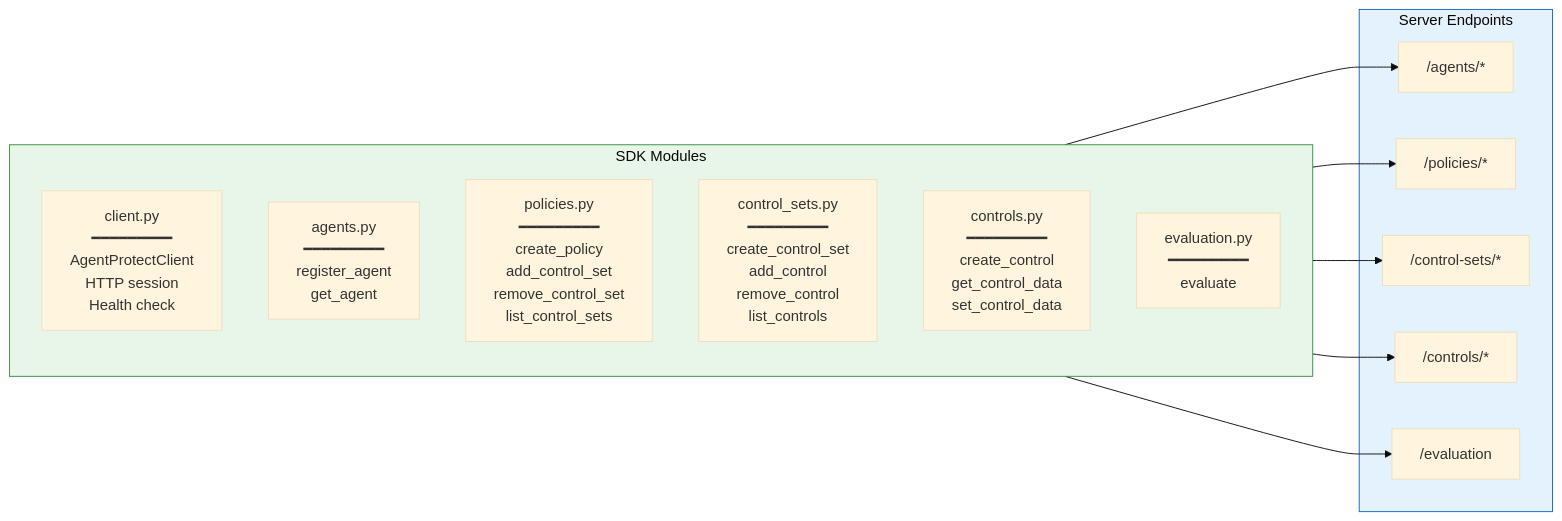
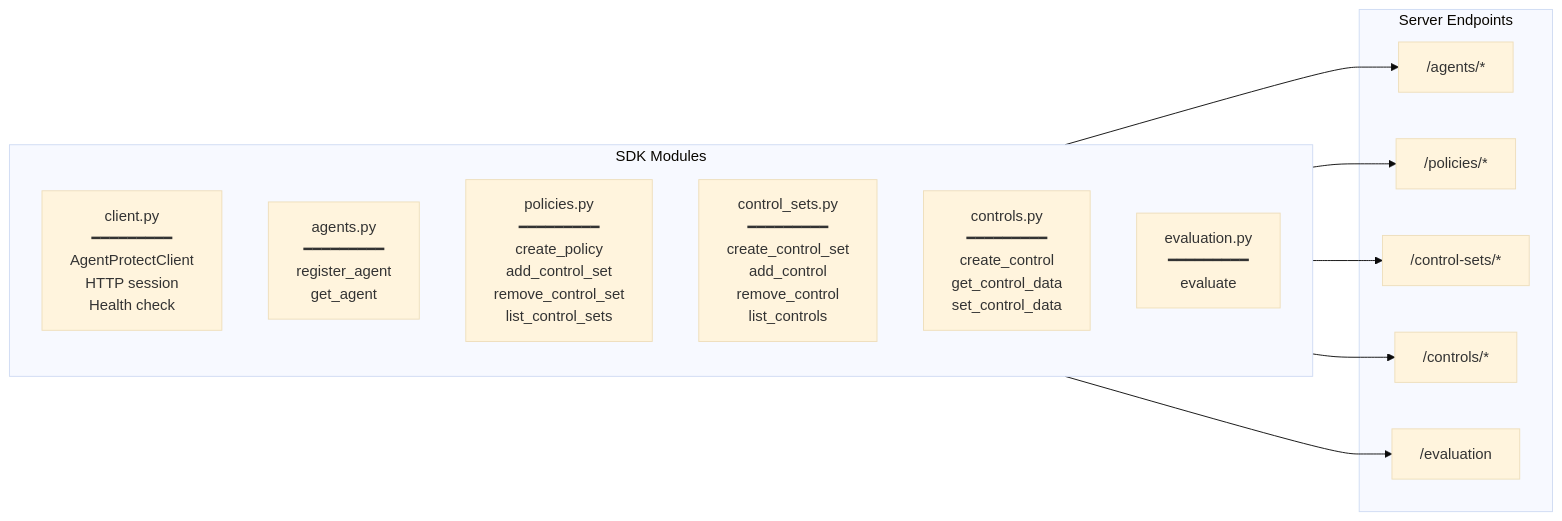
Before and after one commit to agentcontrol/agent-control: the second of 10 diagrams in diagrams/10-sdk-architecture.md, drawn with Mermaid (base theme). The commit also changed other lines of this file and 9 other files, not shown here.

````diff
--- a/diagrams/10-sdk-architecture.md
+++ b/diagrams/10-sdk-architecture.md
@@ -44,35 +40,32 @@
 ```mermaid
 flowchart LR
     subgraph modules["SDK Modules"]
         direction TB
         
         m1["client.py<br/>━━━━━━━━━<br/>AgentProtectClient<br/>HTTP session<br/>Health check"]
         
         m2["agents.py<br/>━━━━━━━━━<br/>register_agent<br/>get_agent"]
         
         m3["policies.py<br/>━━━━━━━━━<br/>create_policy<br/>add_control_set<br/>remove_control_set<br/>list_control_sets"]
         
         m4["control_sets.py<br/>━━━━━━━━━<br/>create_control_set<br/>add_control<br/>remove_control<br/>list_controls"]
         
         m5["controls.py<br/>━━━━━━━━━<br/>create_control<br/>get_control_data<br/>set_control_data"]
         
         m6["evaluation.py<br/>━━━━━━━━━<br/>evaluate"]
     end
 
     subgraph endpoints["Server Endpoints"]
         e1["/agents/*"]
         e2["/policies/*"]
         e3["/control-sets/*"]
         e4["/controls/*"]
         e5["/evaluation"]
     end
 
     m2 --> e1
     m3 --> e2
     m4 --> e3
     m5 --> e4
     m6 --> e5
-
-    style modules fill:#e8f5e9,stroke:#388e3c
-    style endpoints fill:#e3f2fd,stroke:#1565c0
 ```
````
